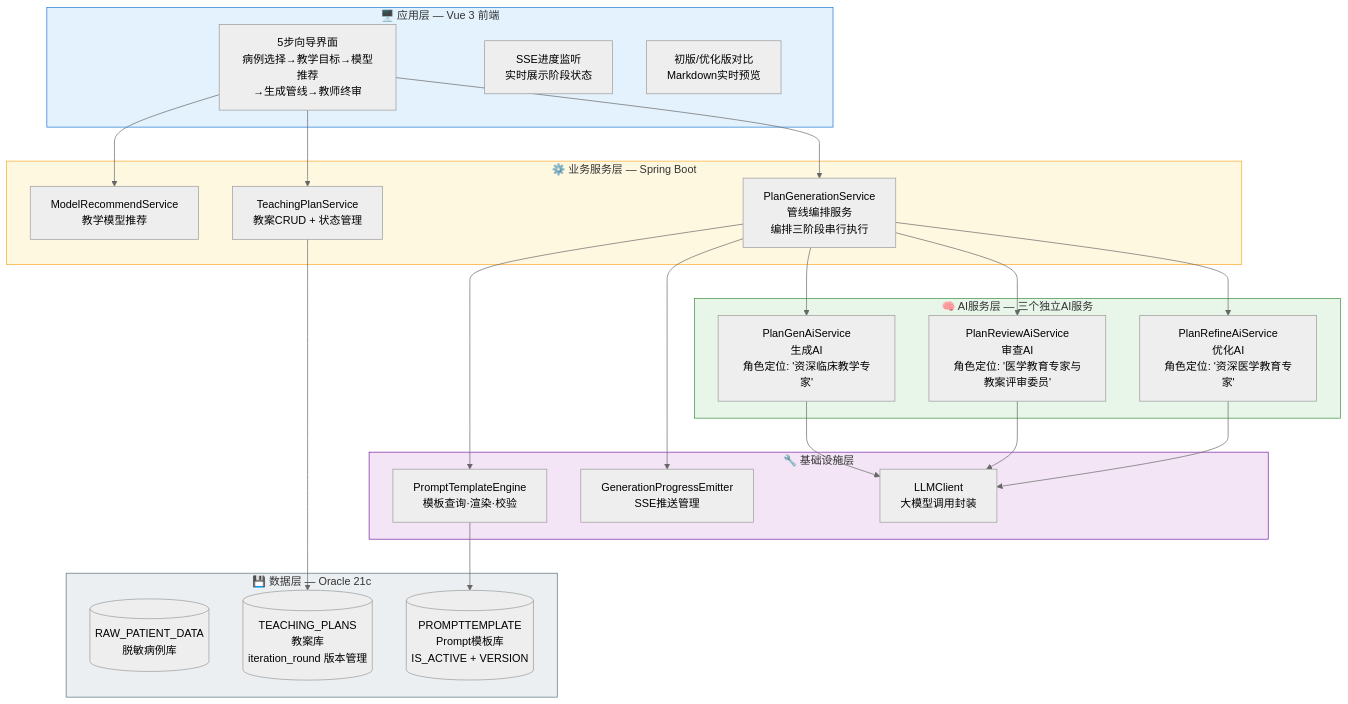
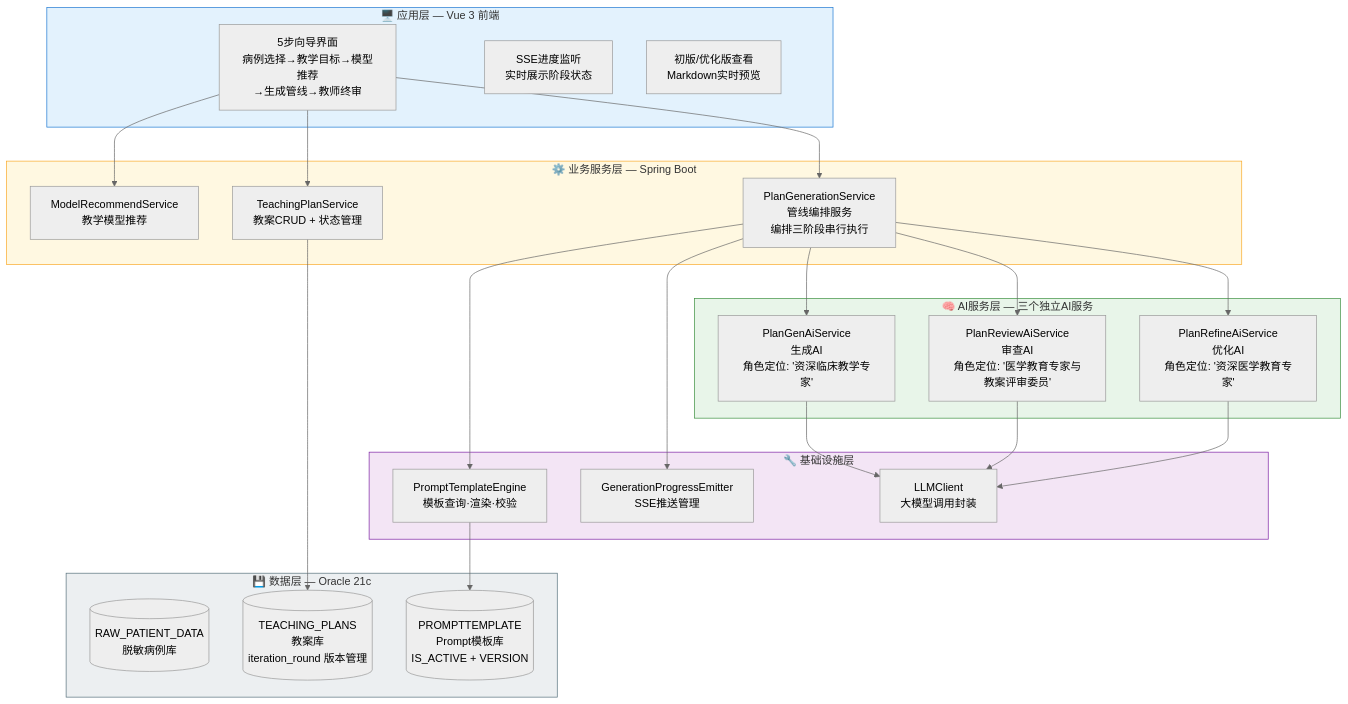
Before and after one commit to liuzh2008/med_ai_assistant_workspace: the first of 6 diagrams in 项目相关/软件著作权/专利申请/专利申请技术交底书-AI双角色生成与审查的医学教案质量保障.md, drawn with Mermaid (neutral theme). The commit also changed other lines of this file and 6 other files, not shown here.

````diff
--- a/项目相关/软件著作权/专利申请/专利申请技术交底书-AI双角色生成与审查的医学教案质量保障.md
+++ b/项目相关/软件著作权/专利申请/专利申请技术交底书-AI双角色生成与审查的医学教案质量保障.md
@@ -66,45 +70,45 @@
 ```mermaid
 flowchart TB
     subgraph 应用层["🖥️ 应用层 — Vue 3 前端"]
         UI1["5步向导界面<br/>病例选择→教学目标→模型推荐<br/>→生成管线→教师终审"]
         UI2["SSE进度监听<br/>实时展示阶段状态"]
-        UI3["初版/优化版对比<br/>Markdown实时预览"]
+        UI3["初版/优化版查看<br/>Markdown实时预览"]
     end
 
     subgraph 业务服务层["⚙️ 业务服务层 — Spring Boot"]
         SVC1["ModelRecommendService<br/>教学模型推荐"]
         SVC2["PlanGenerationService<br/>管线编排服务<br/>编排三阶段串行执行"]
         SVC3["TeachingPlanService<br/>教案CRUD + 状态管理"]
     end
 
     subgraph AI服务层["🧠 AI服务层 — 三个独立AI服务"]
         AI1["PlanGenAiService<br/>生成AI<br/>角色定位: '资深临床教学专家'"]
         AI2["PlanReviewAiService<br/>审查AI<br/>角色定位: '医学教育专家与教案评审委员'"]
         AI3["PlanRefineAiService<br/>优化AI<br/>角色定位: '资深医学教育专家'"]
     end
 
     subgraph 基础设施层["🔧 基础设施层"]
         INF1["PromptTemplateEngine<br/>模板查询·渲染·校验"]
         INF2["GenerationProgressEmitter<br/>SSE推送管理"]
         INF3["LLMClient<br/>大模型调用封装"]
     end
 
     subgraph 数据层["💾 数据层 — Oracle 21c"]
         DB1[("RAW_PATIENT_DATA<br/>脱敏病例库")]
         DB2[("TEACHING_PLANS<br/>教案库<br/>iteration_round 版本管理")]
         DB3[("PROMPTTEMPLATE<br/>Prompt模板库<br/>IS_ACTIVE + VERSION")]
     end
 
     UI1 --> SVC1 & SVC2 & SVC3
     SVC2 --> AI1 & AI2 & AI3
     AI1 & AI2 & AI3 --> INF3
     SVC2 --> INF1 & INF2
     INF1 --> DB3
     SVC3 --> DB2
 
     style 应用层 fill:#e3f2fd,stroke:#1976d2
     style 业务服务层 fill:#fff8e1,stroke:#f9a825
     style AI服务层 fill:#e8f5e9,stroke:#388e3c
     style 基础设施层 fill:#f3e5f5,stroke:#7b1fa2
     style 数据层 fill:#eceff1,stroke:#546e7a
 ```
````
